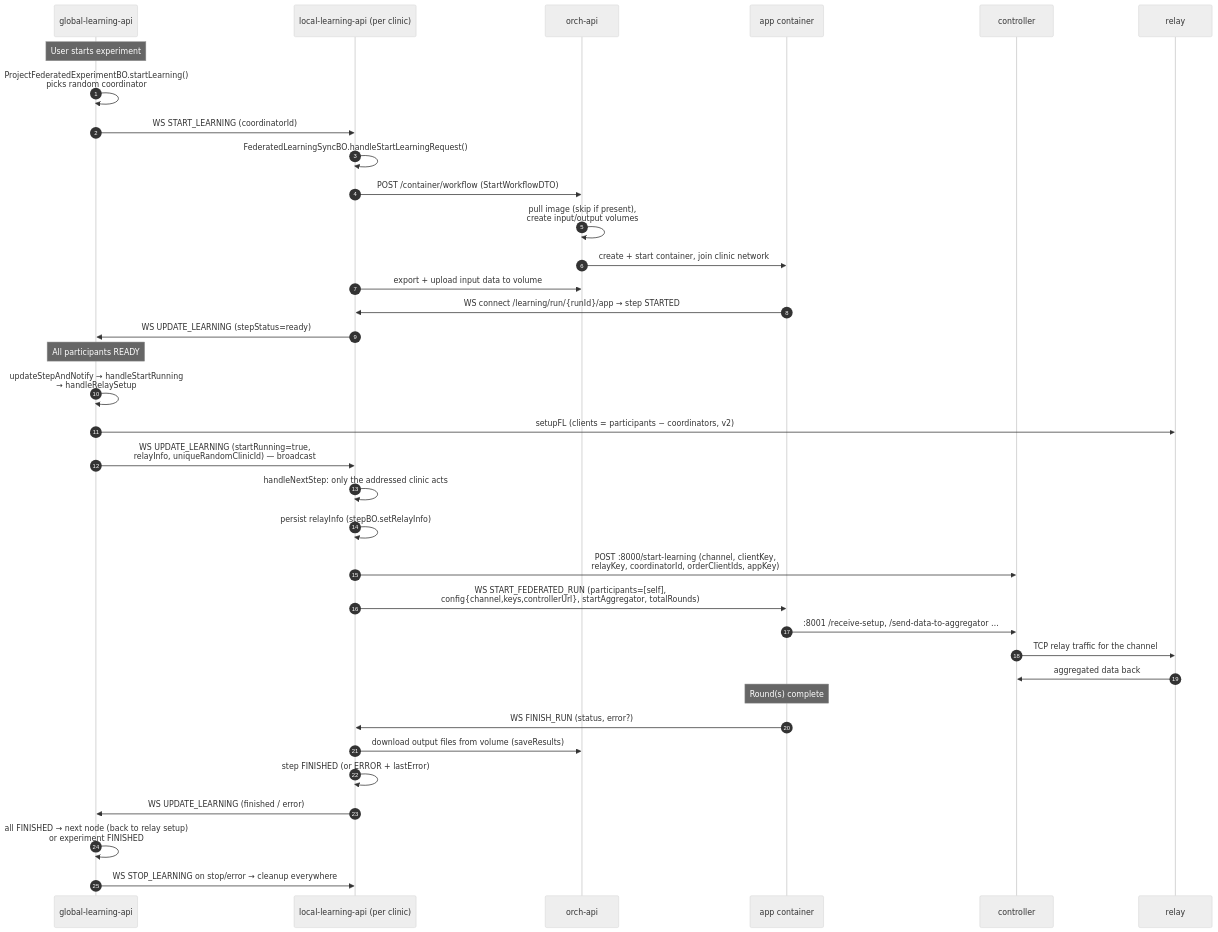
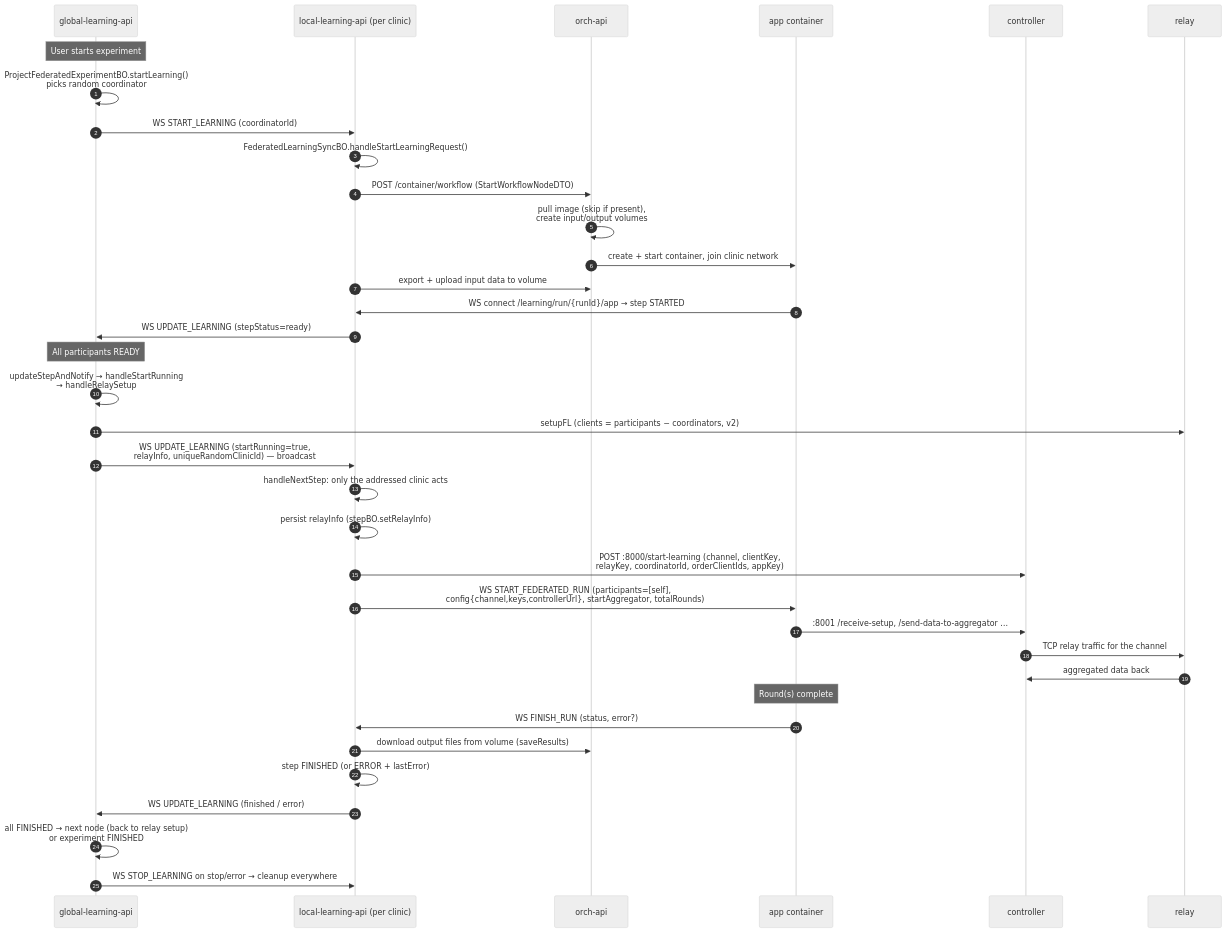
The second of 2 diagrams in docs/contribution-guide/backend/federated-learning-flow.md (FedLearnNet/Documentation), drawn with Mermaid (neutral theme) before and after one commit. The commit also changed other lines of this file and 25 other files, not shown here.

````diff
--- a/docs/contribution-guide/backend/federated-learning-flow.md
+++ b/docs/contribution-guide/backend/federated-learning-flow.md
@@ -128,41 +132,41 @@
 ```mermaid
 sequenceDiagram
     autonumber
     participant G as global-learning-api
     participant L as local-learning-api (per clinic)
     participant O as orch-api
     participant A as app container
     participant C as controller
     participant R as relay
 
     Note over G: User starts experiment
     G->>G: ProjectFederatedExperimentBO.startLearning()<br/>picks random coordinator
     G->>L: WS START_LEARNING (coordinatorId)
     L->>L: FederatedLearningSyncBO.handleStartLearningRequest()
-    L->>O: POST /container/workflow (StartWorkflowDTO)
+    L->>O: POST /container/workflow (StartWorkflowNodeDTO)
     O->>O: pull image (skip if present),<br/>create input/output volumes
     O->>A: create + start container, join clinic network
     L->>O: export + upload input data to volume
     A->>L: WS connect /learning/run/{runId}/app → step STARTED
     L->>G: WS UPDATE_LEARNING (stepStatus=ready)
 
     Note over G: All participants READY
     G->>G: updateStepAndNotify → handleStartRunning<br/>→ handleRelaySetup
     G->>R: setupFL (clients = participants − coordinators, v2)
     G->>L: WS UPDATE_LEARNING (startRunning=true,<br/>relayInfo, uniqueRandomClinicId) — broadcast
     L->>L: handleNextStep: only the addressed clinic acts
     L->>L: persist relayInfo (stepBO.setRelayInfo)
     L->>C: POST :8000/start-learning (channel, clientKey,<br/>relayKey, coordinatorId, orderClientIds, appKey)
     L->>A: WS START_FEDERATED_RUN (participants=[self],<br/>config{channel,keys,controllerUrl}, startAggregator, totalRounds)
     A->>C: :8001 /receive-setup, /send-data-to-aggregator …
     C->>R: TCP relay traffic for the channel
     R->>C: aggregated data back
 
     Note over A: Round(s) complete
     A->>L: WS FINISH_RUN (status, error?)
     L->>O: download output files from volume (saveResults)
     L->>L: step FINISHED (or ERROR + lastError)
     L->>G: WS UPDATE_LEARNING (finished / error)
     G->>G: all FINISHED → next node (back to relay setup)<br/>or experiment FINISHED
     G->>L: WS STOP_LEARNING on stop/error → cleanup everywhere
 ```
````
